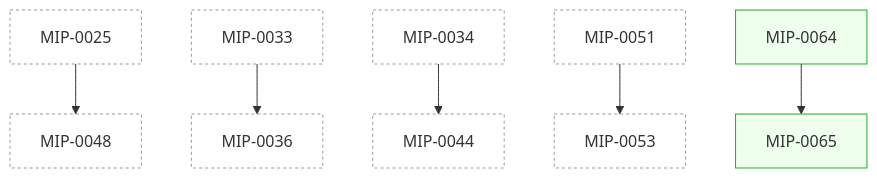
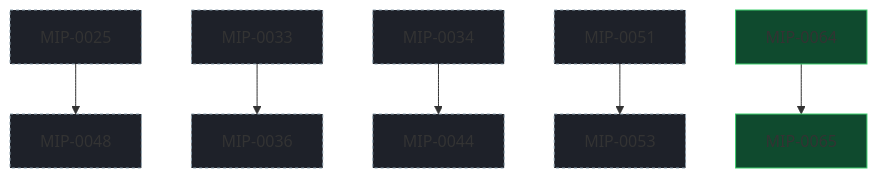
One commit to h0ffmann/marola changed the diagram in docs/MIPs/README.md. Above: the diagram before and after it, drawn with Mermaid. The commit also changed other lines of this file and 10 other files, not shown here.

First line of the commit message:
MIP-0068 task 1: build hardening, dark only, DIAGRAMS.md (#510)

````diff
--- a/docs/MIPs/README.md
+++ b/docs/MIPs/README.md
@@ -89,22 +89,22 @@
 ```mermaid
 flowchart TD
-  classDef draft fill:#fff,stroke:#999,stroke-dasharray:3 3;
-  classDef accepted fill:#eef,stroke:#36c;
-  classDef implemented fill:#efe,stroke:#2a2;
-  classDef rejected fill:#f8f8f8,stroke:#bbb,color:#999;
+  classDef draft fill:#1e2129,stroke:#8fa3b0,stroke-dasharray:3 3;
+  classDef accepted fill:#0b4261,stroke:#1ac5da;
+  classDef implemented fill:#0f4a2e,stroke:#3ecf6e;
+  classDef rejected fill:#2a2d35,stroke:#666,color:#999;
   M0025["MIP-0025"]:::draft
   M0033["MIP-0033"]:::draft
   M0034["MIP-0034"]:::draft
   M0036["MIP-0036"]:::draft
   M0044["MIP-0044"]:::draft
   M0048["MIP-0048"]:::draft
   M0051["MIP-0051"]:::draft
   M0053["MIP-0053"]:::draft
   M0064["MIP-0064"]:::implemented
   M0065["MIP-0065"]:::implemented
   M0025 --> M0048
   M0033 --> M0036
   M0034 --> M0044
   M0051 --> M0053
   M0064 --> M0065
 ```
````
